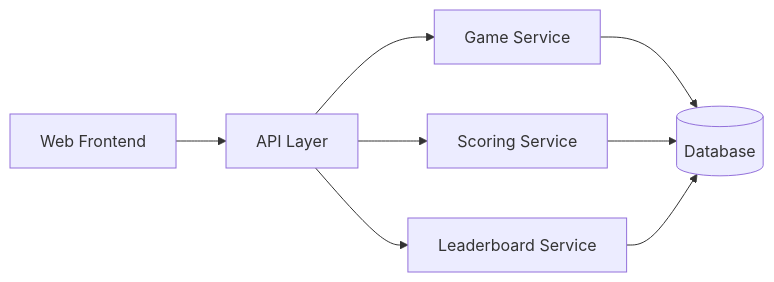
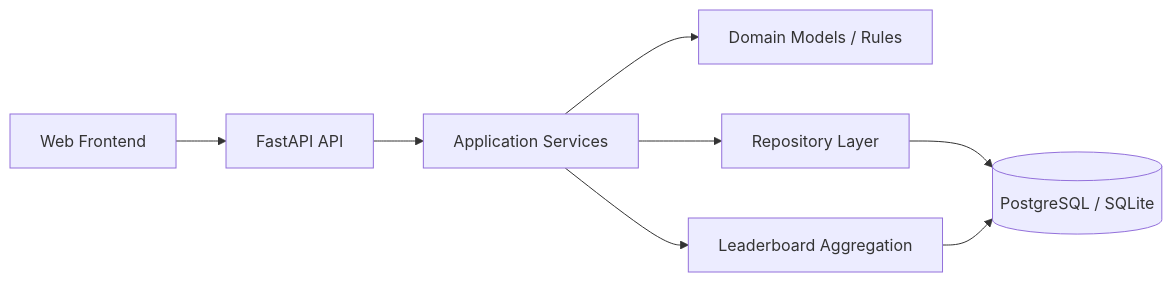
One commit to johncrouch/python_yahtzee changed the first of 2 diagrams in docs/Architecture.md. Above: the diagram before and after it, drawn with Mermaid. The commit also changed other lines of this file and 4 other files, not shown here.

````diff
--- a/docs/Architecture.md
+++ b/docs/Architecture.md
@@ -27,10 +28,10 @@
 ```mermaid
 flowchart LR
-    UI[Web Frontend] --> API[API Layer]
-    API --> Game[Game Service]
-    API --> Scoring[Scoring Service]
-    API --> Leaderboard[Leaderboard Service]
-    Game --> DB[(Database)]
-    Scoring --> DB
+    UI[Web Frontend] --> API[FastAPI API]
+    API --> App[Application Services]
+    App --> Domain[Domain Models / Rules]
+    App --> Repo[Repository Layer]
+    Repo --> DB[(PostgreSQL / SQLite)]
+    App --> Leaderboard[Leaderboard Aggregation]
     Leaderboard --> DB
 ```
````
